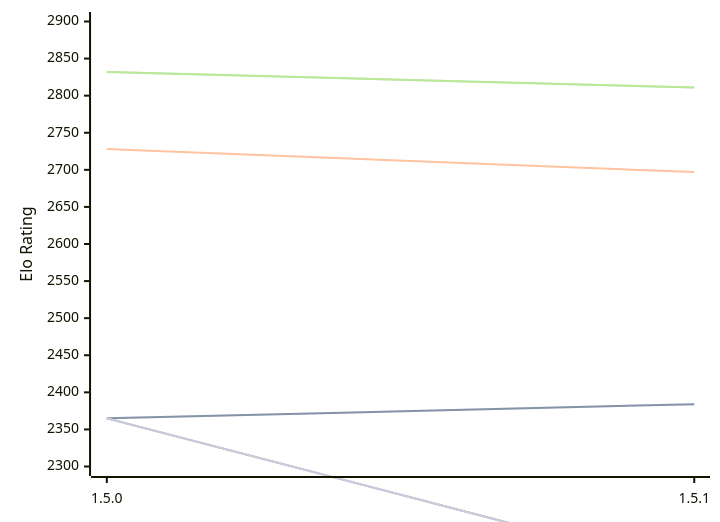
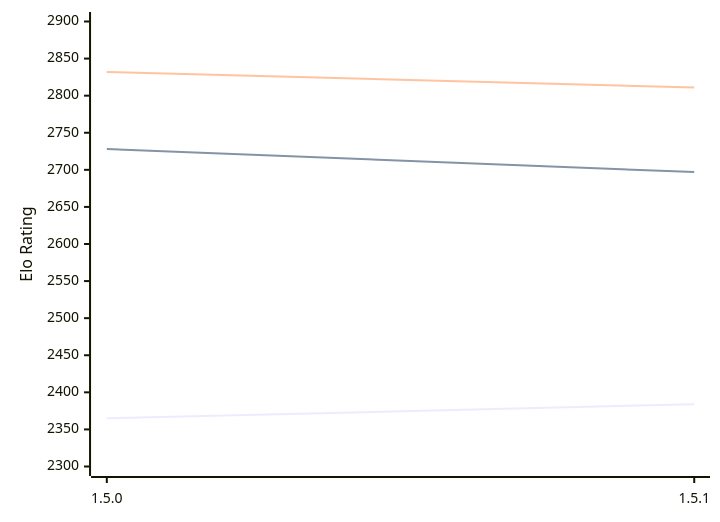
One commit to computer-chess-index/cci changed the diagram in engines/Coco.md. Above: the diagram before and after it, drawn with Mermaid. The commit also changed other lines of this file, not shown here.

````diff
--- a/engines/Coco.md
+++ b/engines/Coco.md
@@ -48,13 +48,9 @@
 ```mermaid
 %%{init: {"theme":"base","themeVariables":{"seriesColors:['#a3a3a3','#222221','#faa371']}}}%%
 xychart-beta
   x-axis ["1.5.0", "1.5.1"]
   y-axis "Elo Rating" 2300 --> 2900
-  line "" [2365, 2384]
   line "T1: STC (8.0+0.08s)" [2365, 2384]
   line "T1: LTC (60.0+0.60s)" [2728, 2697]
-  line "" [2832, 2811]
   line "T1: VLTC (2m24s+1.12s)" [2832, 2811]
-  line "" [2365,2159]
-  line "E1: STC (8.0+0.08s)" [2365,2159]
 ```
````
